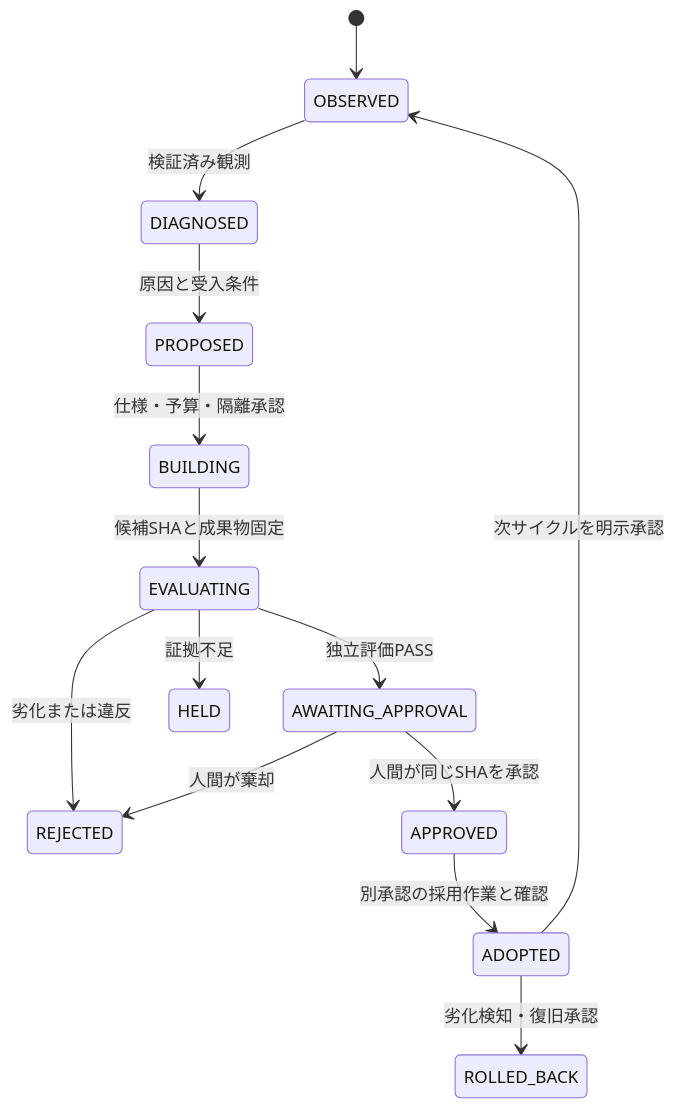
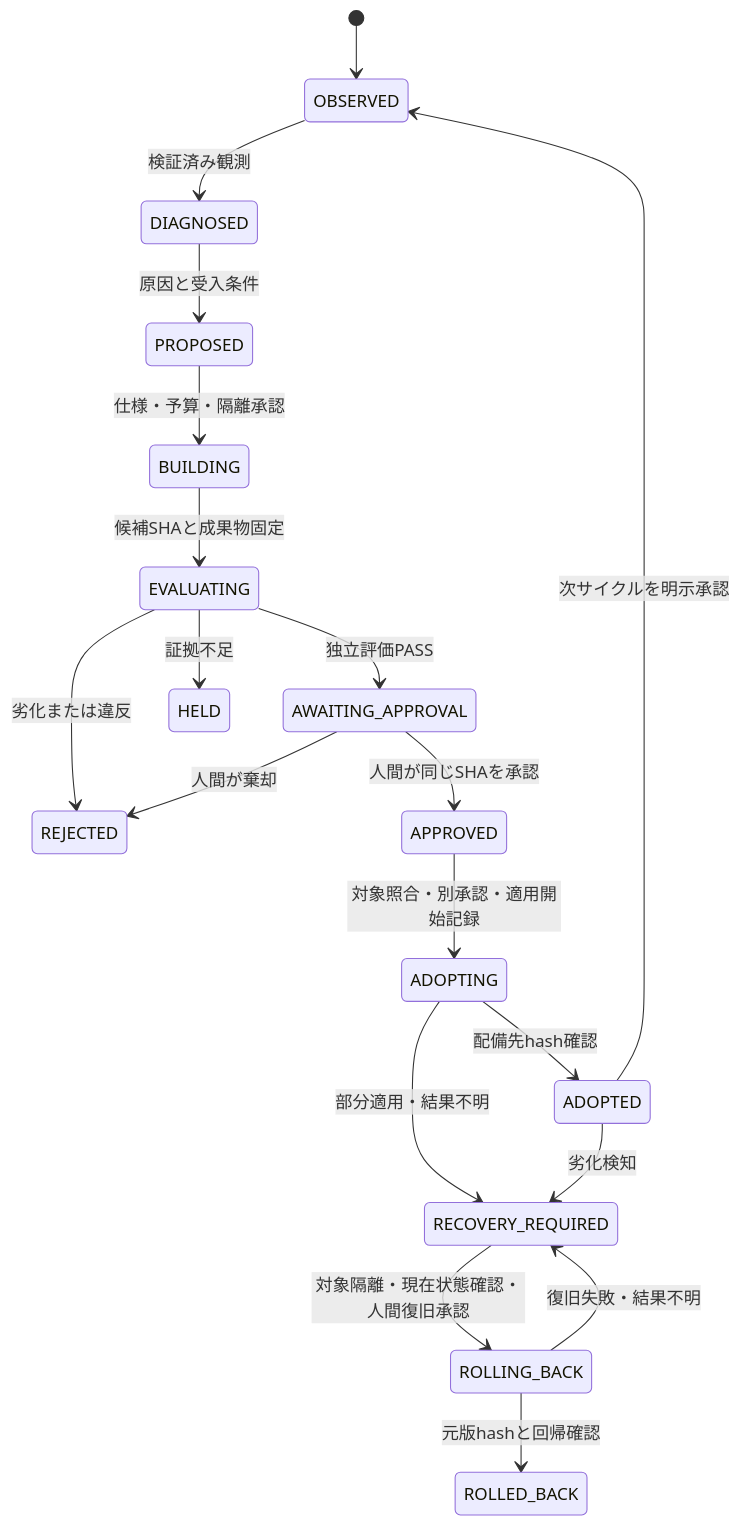
One commit to second-works/hermes-self-improvement changed the diagram in docs/architecture.md. Above: the diagram before and after it, drawn with Mermaid. The commit also changed other lines of this file and 2 other files, not shown here.

````diff
--- a/docs/architecture.md
+++ b/docs/architecture.md
@@ -29,16 +29,21 @@
 ```mermaid
 stateDiagram-v2
     [*] --> OBSERVED
     OBSERVED --> DIAGNOSED: 検証済み観測
     DIAGNOSED --> PROPOSED: 原因と受入条件
     PROPOSED --> BUILDING: 仕様・予算・隔離承認
     BUILDING --> EVALUATING: 候補SHAと成果物固定
     EVALUATING --> AWAITING_APPROVAL: 独立評価PASS
     EVALUATING --> HELD: 証拠不足
     EVALUATING --> REJECTED: 劣化または違反
     AWAITING_APPROVAL --> APPROVED: 人間が同じSHAを承認
     AWAITING_APPROVAL --> REJECTED: 人間が棄却
-    APPROVED --> ADOPTED: 別承認の採用作業と確認
-    ADOPTED --> ROLLED_BACK: 劣化検知・復旧承認
+    APPROVED --> ADOPTING: 対象照合・別承認・適用開始記録
+    ADOPTING --> ADOPTED: 配備先hash確認
+    ADOPTING --> RECOVERY_REQUIRED: 部分適用・結果不明
+    ADOPTED --> RECOVERY_REQUIRED: 劣化検知
+    RECOVERY_REQUIRED --> ROLLING_BACK: 対象隔離・現在状態確認・人間復旧承認
+    ROLLING_BACK --> ROLLED_BACK: 元版hashと回帰確認
+    ROLLING_BACK --> RECOVERY_REQUIRED: 復旧失敗・結果不明
     ADOPTED --> OBSERVED: 次サイクルを明示承認
 ```
````
